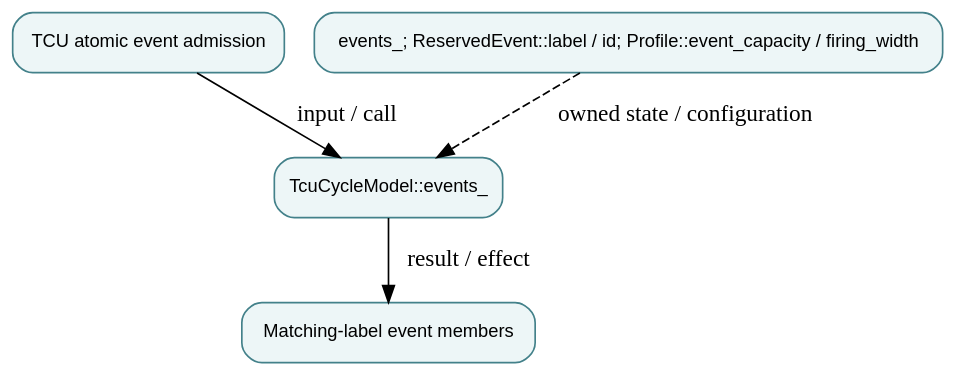
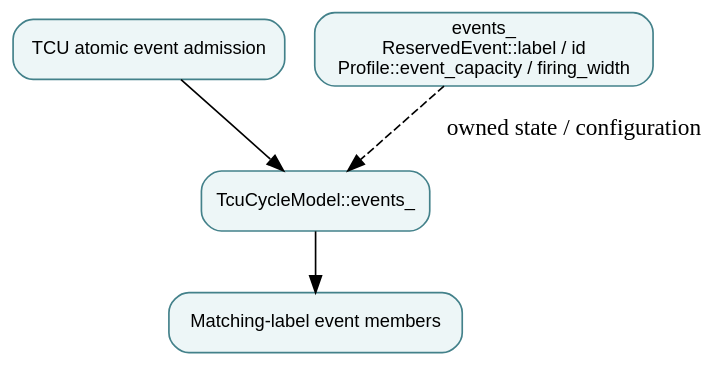
The diagram in docs/modules/per-port-event-queues.md (qsbit-org/qsbit-sim), drawn with Graphviz before and after one commit. The commit also changed other lines of this file and 41 other files, not shown here.

````diff
--- a/docs/modules/per-port-event-queues.md
+++ b/docs/modules/per-port-event-queues.md
@@ -17,11 +14,11 @@
 ```{graphviz}
 digraph module {
   rankdir=TB; bgcolor="transparent";
   node [shape=box, style="rounded,filled", fillcolor="#edf6f7", color="#43818a", fontname="sans-serif", fontsize=11];
   input [label="TCU atomic event admission"];
   owner [label="TcuCycleModel::events_"];
-  state [label="events_; ReservedEvent::label / id; Profile::event_capacity / firing_width"];
+  state [label="events_\nReservedEvent::label / id\nProfile::event_capacity / firing_width"];
   output [label="Matching-label event members"];
-  input -> owner [label="input / call"]; owner -> output [label="result / effect"]; state -> owner [style=dashed, label="owned state / configuration"];
+  input -> owner; owner -> output; state -> owner [style=dashed, label="owned state / configuration"];
 }
 ```
````
